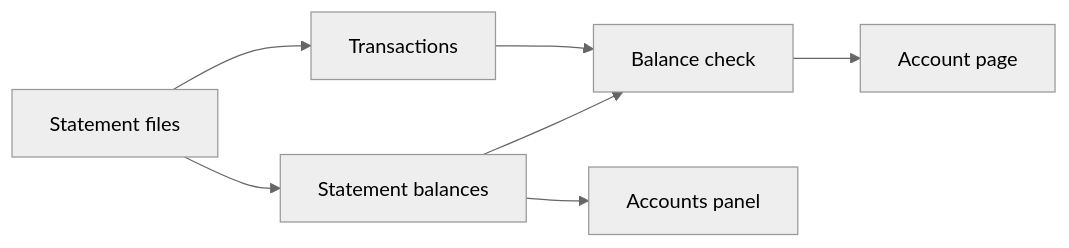
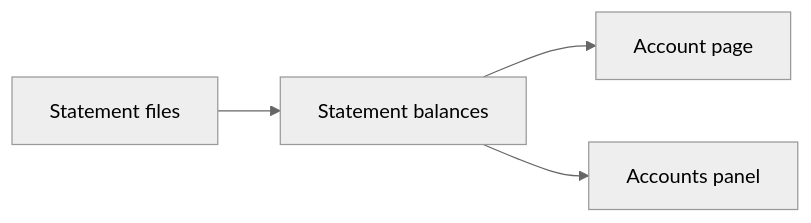
The first of 2 diagrams in docs/architecture/accounts.md (spinningyoyo/omsync), drawn with Mermaid (neutral theme) before and after one commit. The commit also changed other lines of this file and 337 other files, not shown here.

````diff
--- a/docs/architecture/accounts.md
+++ b/docs/architecture/accounts.md
@@ -10,9 +9,6 @@
 ```mermaid
 flowchart LR
     Files[Statement files] --> Balances[Statement balances]
-    Files --> Txns[Transactions]
-    Balances --> Check[Balance check]
-    Txns --> Check
-    Check --> Page[Account page]
+    Balances --> Page[Account page]
     Balances --> Panel[Accounts panel]
 ```
````
